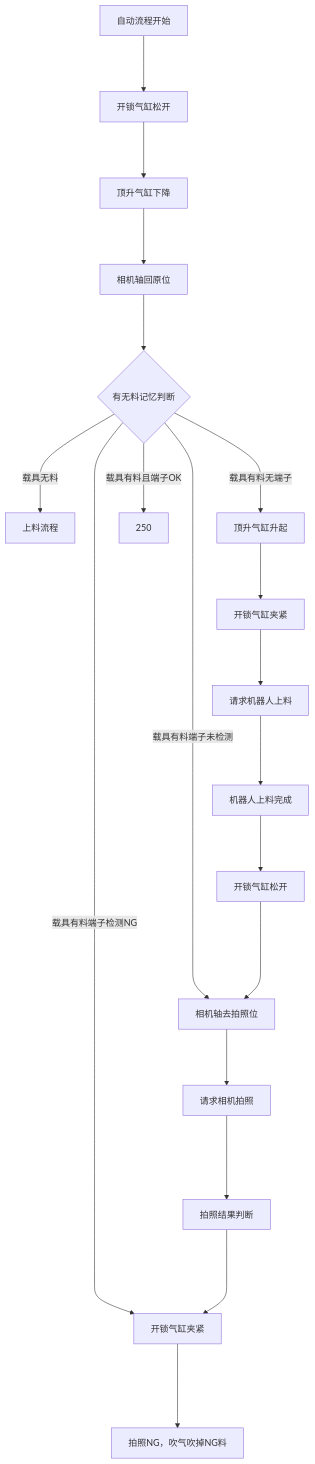
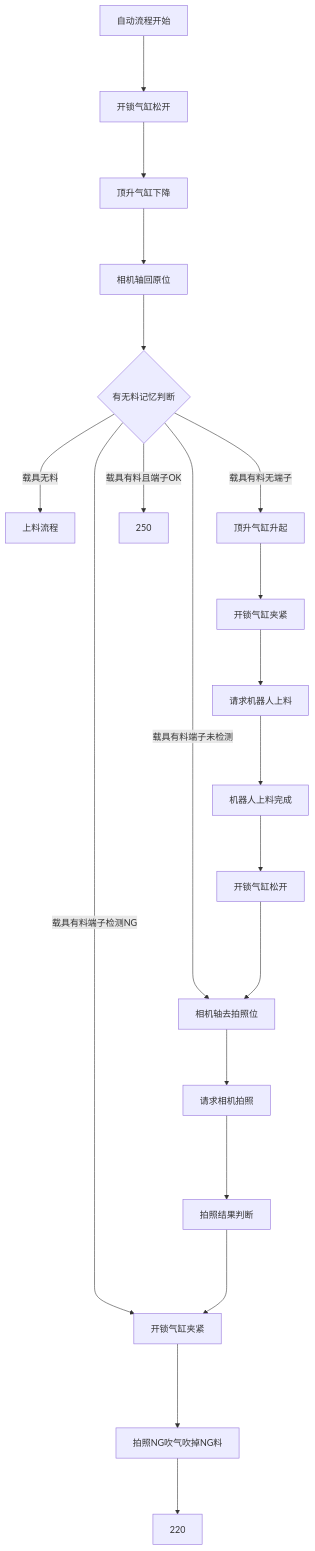
One commit to zmq000/iodraw-files changed the diagram in all/OP70工位4左端子上料.md. Above: the diagram before and after it, drawn with Mermaid.

Commit message:
2026-06-17 17:30:04 update

````diff
--- a/all/OP70工位4左端子上料.md
+++ b/all/OP70工位4左端子上料.md
@@ -1,23 +1,23 @@
 ```mermaid
 graph TD
 自动流程开始--->10
 10[开锁气缸松开]--->20
 20[顶升气缸下降]--->30
 30[相机轴回原位]--->40
 40{有无料记忆判断}--->|载具无料|50
 40--->|载具有料无端子|100
 40--->|载具有料端子未检测|150
 40--->|载具有料端子检测NG|200
 40--->|载具有料且端子OK|250
 50[上料流程]
 100[顶升气缸升起]--->110
 110[开锁气缸夹紧]--->120
 120[请求机器人上料]--->130
 130[机器人上料完成]--->140
 140[开锁气缸松开]---->150
 150[相机轴去拍照位]--->160
 160[请求相机拍照]---->170
 170[拍照结果判断]---->200
 200[开锁气缸夹紧]---->210
-210[拍照NG，吹气吹掉NG料]
+210[拍照NG吹气吹掉NG料]--->220
 ```
````
